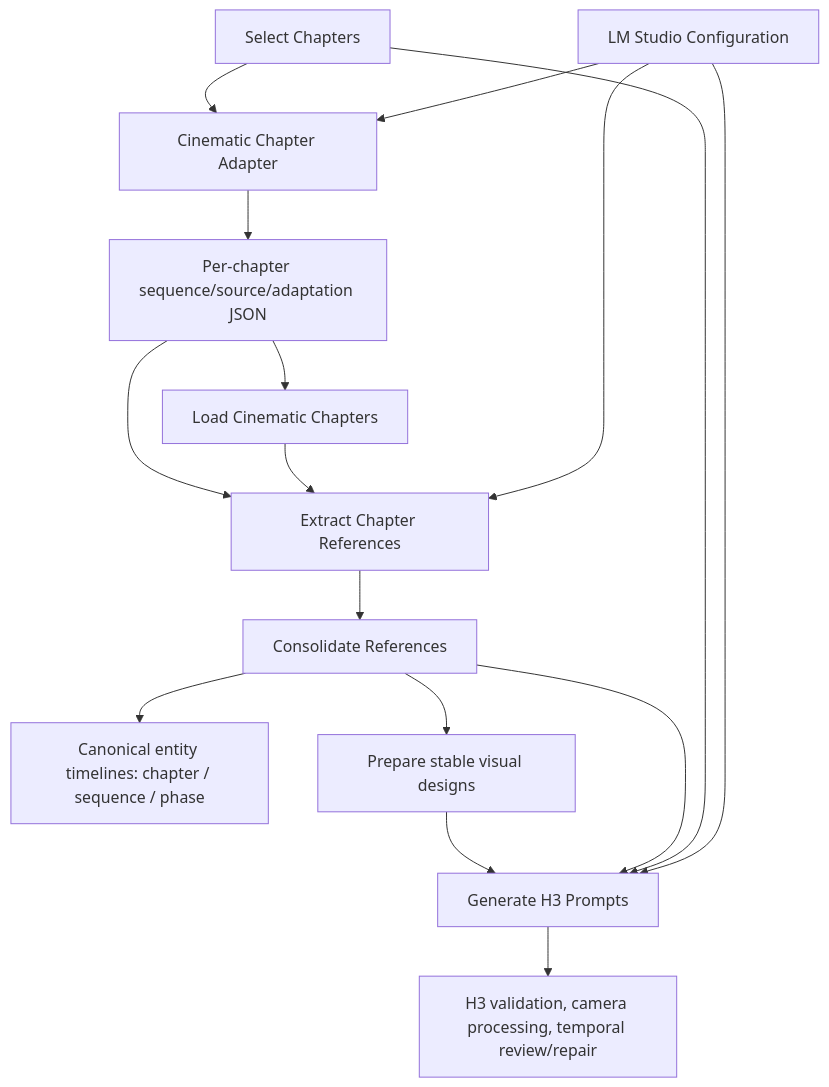
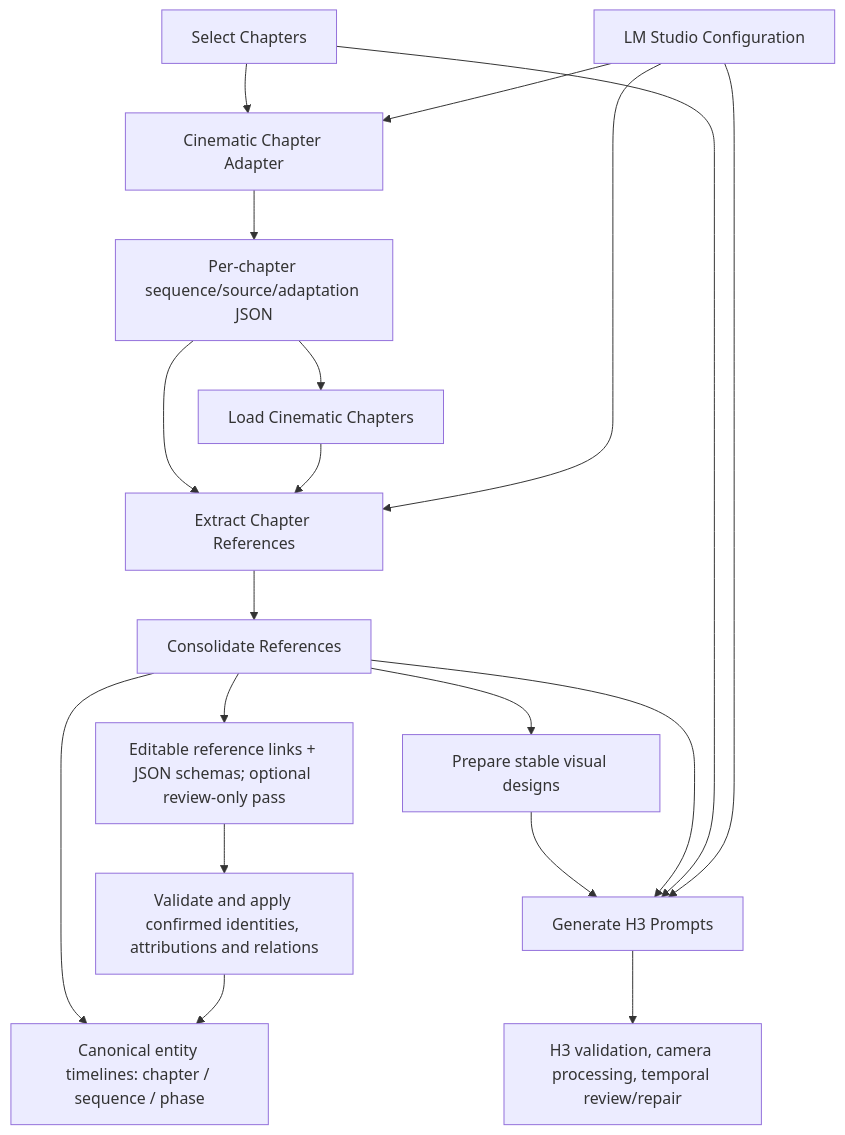
The first of 2 diagrams in docs/architecture.md (yuyuki/ComfyUI-Minimax_H3_Novel_Pipeline), drawn with Mermaid before and after one commit. The commit also changed other lines of this file and 17 other files, not shown here.

First line of the commit message:
feat: Implement editable reference links and validation schemas

````diff
--- a/docs/architecture.md
+++ b/docs/architecture.md
@@ -9,18 +9,21 @@
 ```mermaid
 flowchart TD
     selector["Select Chapters"] --> adapter["Cinematic Chapter Adapter"]
     config --> adapter
     adapter --> adapted["Per-chapter sequence/source/adaptation JSON"]
     adapted --> extract
     adapted --> loader["Load Cinematic Chapters"]
     loader --> extract
     config["LM Studio Configuration"] --> extract["Extract Chapter References"]
     extract --> consolidate["Consolidate References"]
     consolidate --> timeline["Canonical entity timelines: chapter / sequence / phase"]
+    consolidate --> links["Editable reference links + JSON schemas; optional review-only pass"]
+    links --> decisions["Validate and apply confirmed identities, attributions and relations"]
+    decisions --> timeline
     consolidate --> designs["Prepare stable visual designs"]
     designs --> generate["Generate H3 Prompts"]
     consolidate --> generate
     selector --> generate
     config --> generate
     generate --> review["H3 validation, camera processing, temporal review/repair"]
 ```
````
